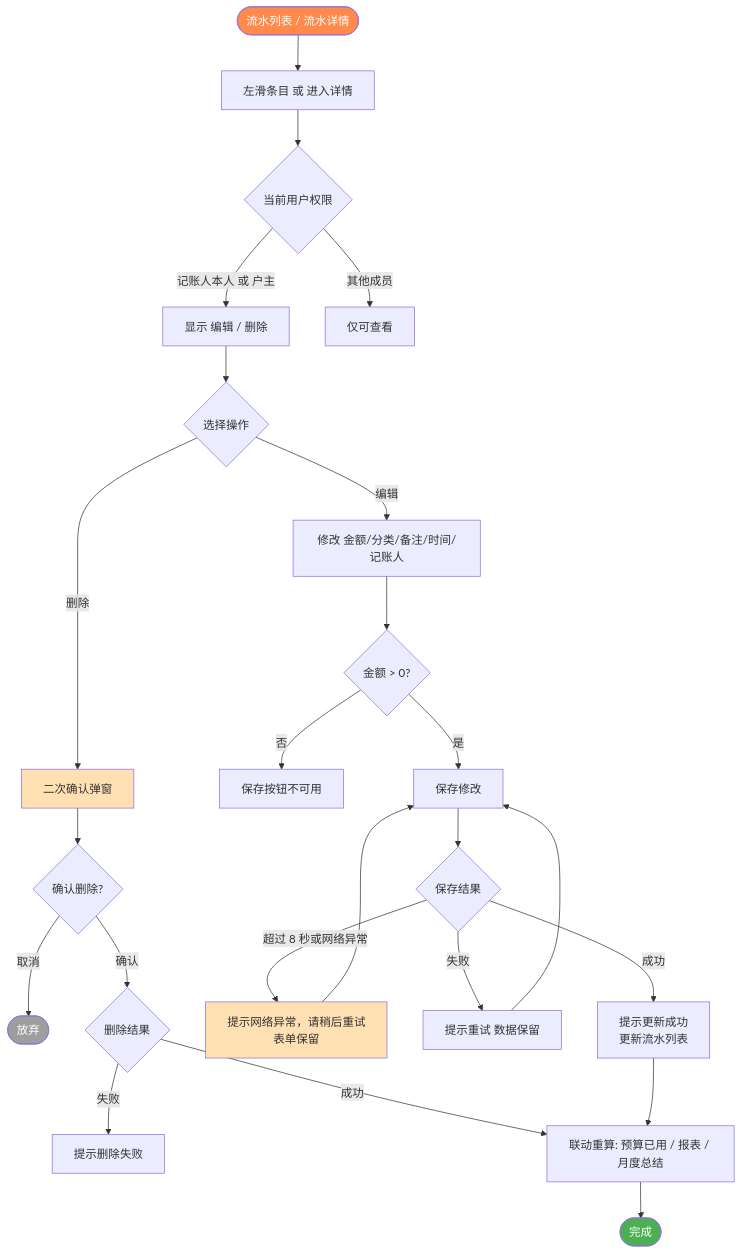
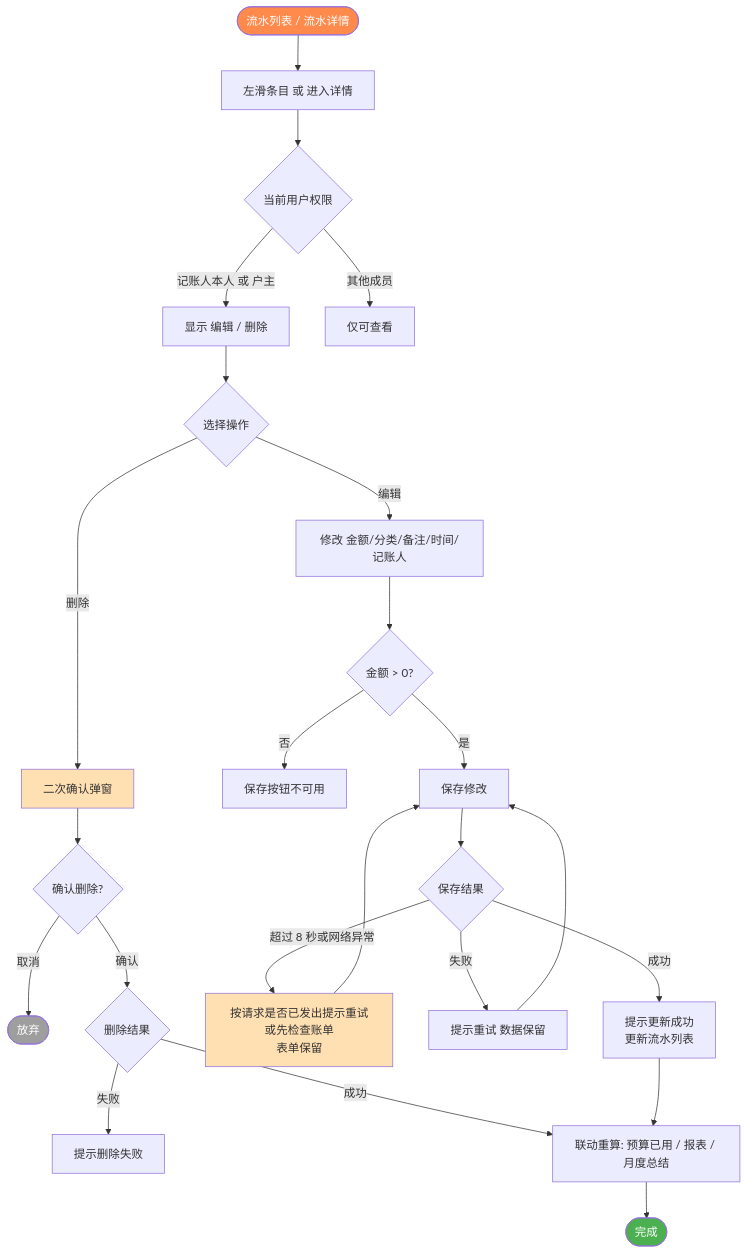
Diagram 11 of 16 in docs/PRD.md (raochen0000/HomeBook), drawn with Mermaid before and after one commit. The commit also changed other lines of this file and 42 other files, not shown here.

````diff
--- a/docs/PRD.md
+++ b/docs/PRD.md
@@ -1223,38 +1230,38 @@
 ```mermaid
 flowchart TD
     A([流水列表 / 流水详情]) --> B[左滑条目 或 进入详情]
     B --> C{当前用户权限}
     C -- 记账人本人 或 户主 --> D[显示 编辑 / 删除]
     C -- 其他成员 --> C1[仅可查看]
 
     D --> E{选择操作}
     E -- 编辑 --> F[修改 金额/分类/备注/时间/记账人]
     E -- 删除 --> G[二次确认弹窗]
 
     F --> F1{金额 > 0?}
     F1 -- 否 --> F1a[保存按钮不可用]
     F1 -- 是 --> F2[保存修改]
     F2 --> H{保存结果}
 
     G --> G1{确认删除?}
     G1 -- 取消 --> Z1([放弃])
     G1 -- 确认 --> HD{删除结果}
     HD -- 失败 --> HDF[提示删除失败]
     HD -- 成功 --> J
 
-    H -- 超过 8 秒或网络异常 --> H1[提示网络异常，请稍后重试<br/>表单保留]
+    H -- 超过 8 秒或网络异常 --> H1[按请求是否已发出提示重试或先检查账单<br/>表单保留]
     H -- 失败 --> H2[提示重试 数据保留]
     H -- 成功 --> I[提示更新成功<br/>更新流水列表]
 
     H2 --> F2
     H1 --> F2
 
     I --> J[联动重算: 预算已用 / 报表 / 月度总结]
     J --> Z2([完成])
 
     style A fill:#FF8A4C,color:#fff
     style Z1 fill:#9E9E9E,color:#fff
     style Z2 fill:#4CAF50,color:#fff
     style G fill:#FFE0B2
     style H1 fill:#FFE0B2
 ```
````
